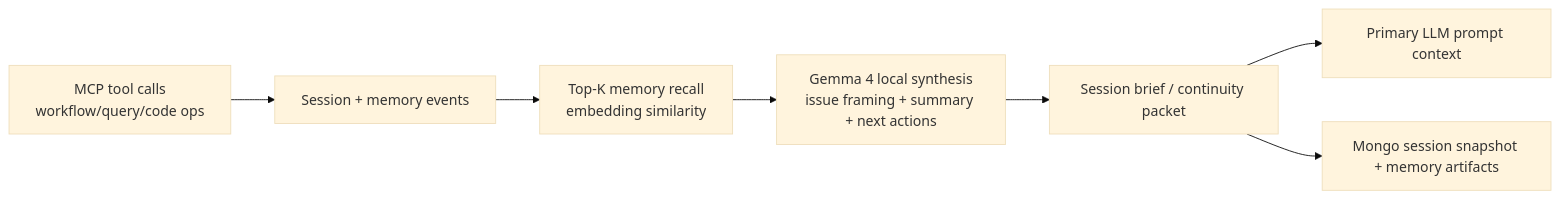
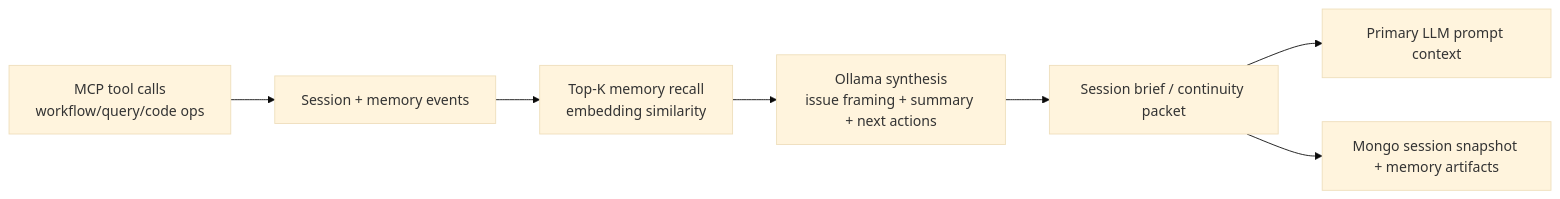
Before and after one commit to hiimtrung/minder: the seventh of 9 diagrams in docs/system-design.md, drawn with Mermaid (base theme). The commit also changed other lines of this file and 19 other files, not shown here.

````diff
--- a/docs/system-design.md
+++ b/docs/system-design.md
@@ -269,9 +267,9 @@
 ```mermaid
 flowchart LR
     ToolCalls["MCP tool calls<br/>workflow/query/code ops"] --> EventLog["Session + memory events"]
     EventLog --> Recall["Top-K memory recall<br/>embedding similarity"]
-    Recall --> Synth["Gemma 4 local synthesis<br/>issue framing + summary + next actions"]
+    Recall --> Synth["Ollama synthesis<br/>issue framing + summary + next actions"]
     Synth --> Brief["Session brief / continuity packet"]
     Brief --> Primary["Primary LLM prompt context"]
     Brief --> Store["Mongo session snapshot + memory artifacts"]
 ```
````
